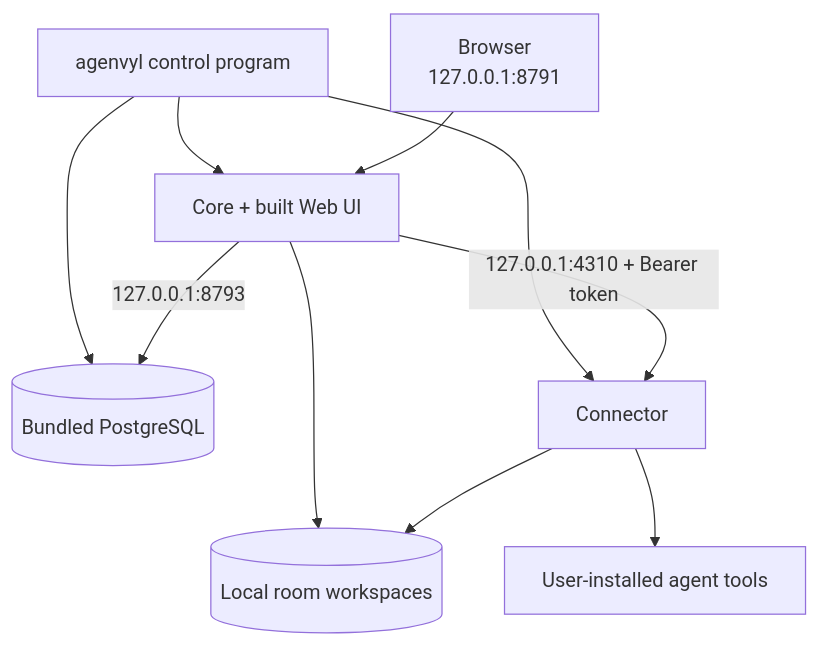
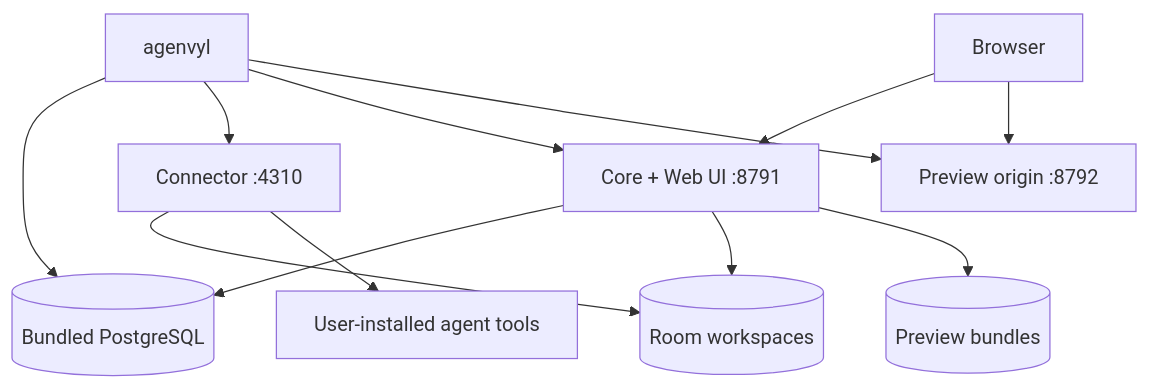
Before and after one commit to riffi/agenvyl: the third of 4 diagrams in docs/architecture/overview.md, drawn with Mermaid. The commit also changed other lines of this file and 42 other files, not shown here.

````diff
--- a/docs/architecture/overview.md
+++ b/docs/architecture/overview.md
@@ -136,12 +141,14 @@
 ```mermaid
 flowchart TB
-  Control[agenvyl control program] --> Database[(Bundled PostgreSQL)]
-  Control --> Connector[Connector]
-  Control --> Core[Core + built Web UI]
-  Browser[Browser<br/>127.0.0.1:8791] --> Core
-  Core -->|127.0.0.1:8793| Database
-  Core -->|127.0.0.1:4310 + Bearer token| Connector
-  Core --> Workspace[(Local room workspaces)]
+  Control[agenvyl] --> Database[(Bundled PostgreSQL)]
+  Control --> Connector[Connector :4310]
+  Control --> Core[Core + Web UI :8791]
+  Control --> Preview[Preview origin :8792]
+  Browser --> Core
+  Browser --> Preview
+  Core --> Database
+  Core --> Workspace[(Room workspaces)]
+  Core --> Artifacts[(Preview bundles)]
   Connector --> Workspace
   Connector --> Harnesses[User-installed agent tools]
 ```
````
